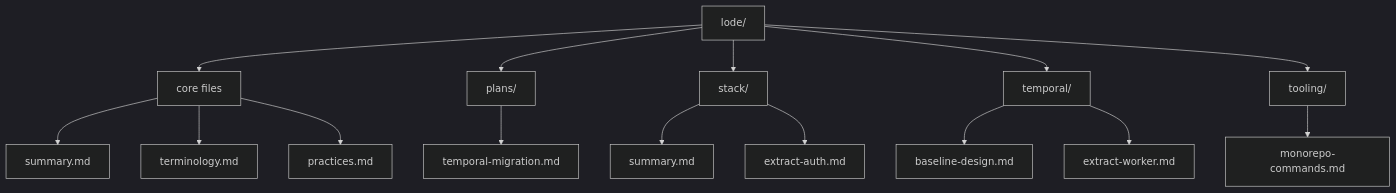
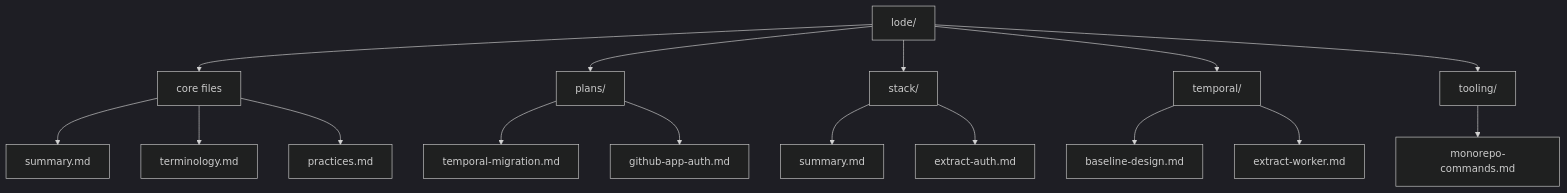
One commit to dxta-dev/pipeline changed the diagram in lode/lode-map.md. Above: the diagram before and after it, drawn with Mermaid (dark theme). The commit also changed other lines of this file and 19 other files, not shown here.

````diff
--- a/lode/lode-map.md
+++ b/lode/lode-map.md
@@ -41,17 +43,18 @@
 ```mermaid
 flowchart TD
   lode[lode/] --> core[core files]
   lode --> plans[plans/]
   lode --> stack[stack/]
   lode --> temporal[temporal/]
   lode --> tooling[tooling/]
   core --> summary[summary.md]
   core --> terminology[terminology.md]
   core --> practices[practices.md]
   plans --> migration[temporal-migration.md]
+  plans --> githubAuth[github-app-auth.md]
   stack --> stackSummary[summary.md]
   stack --> stackAuth[extract-auth.md]
   tooling --> commands[monorepo-commands.md]
   temporal --> baseline[baseline-design.md]
   temporal --> extractWorker[extract-worker.md]
 ```
````
